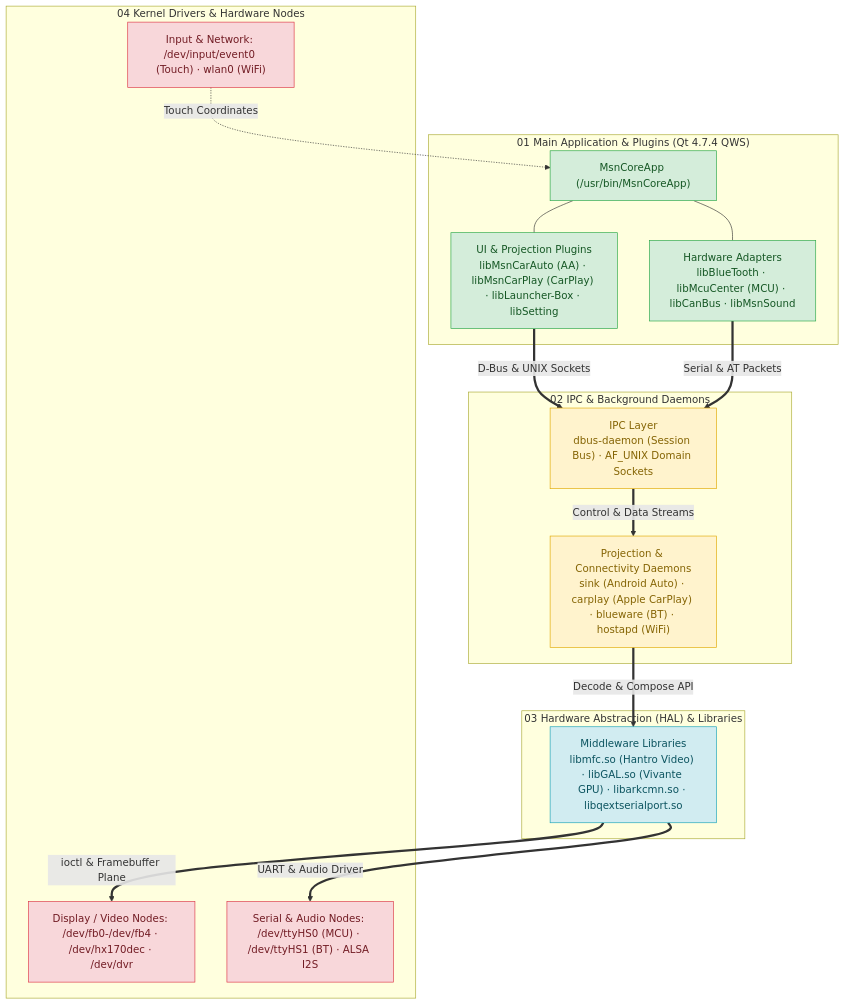
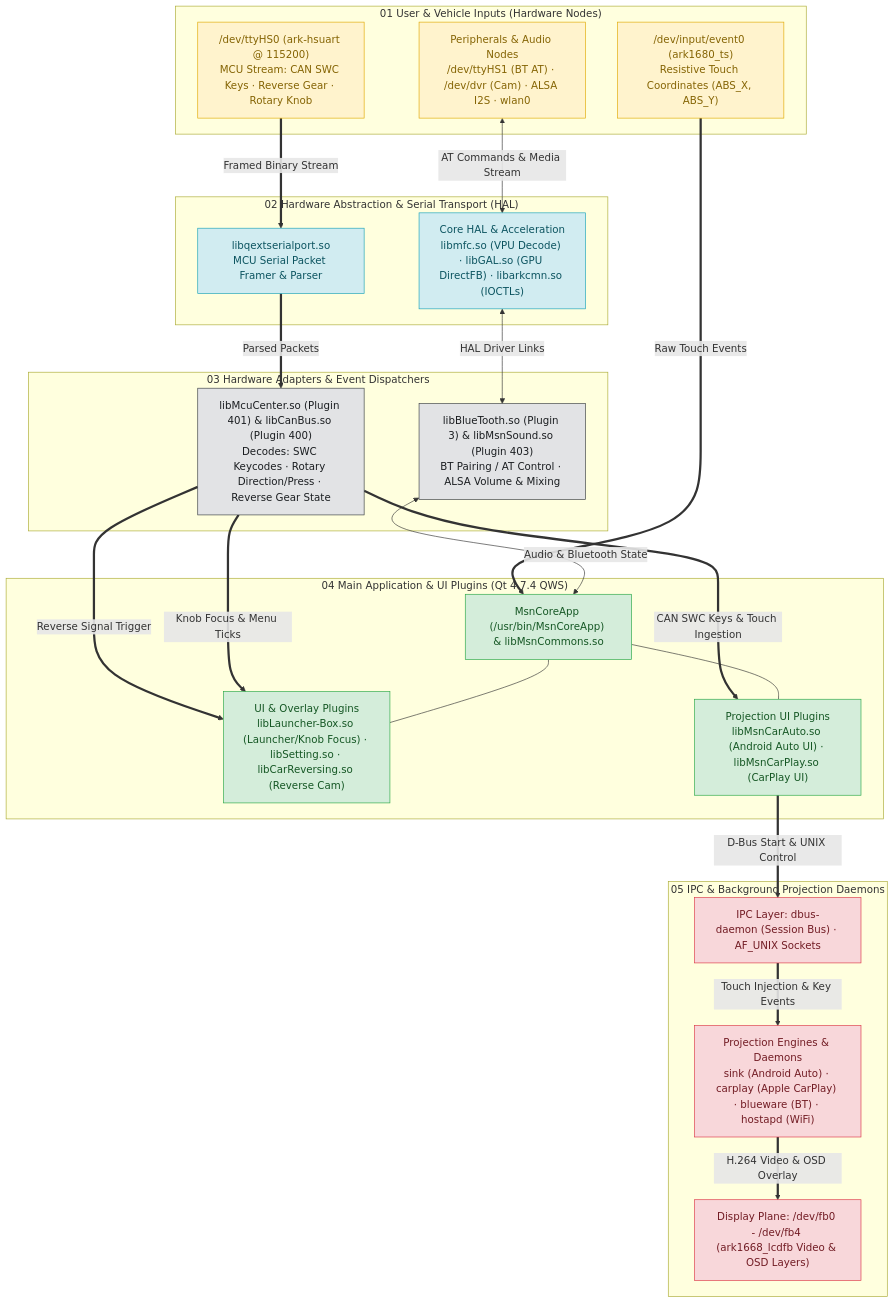
The third of 3 diagrams in README.md (yogihybo/Limcet-P305-Box-Android-Auto-Carplay), drawn with Mermaid before and after one commit.

Commit message:
docs: Add MCU serial stream, CAN SWC keys, reverse trigger, and touch input paths to MsnCoreApp architecture diagram

````diff
--- a/README.md
+++ b/README.md
@@ -195,49 +195,65 @@
 ```mermaid
 flowchart TD
-    subgraph S1["01 Main Application & Plugins (Qt 4.7.4 QWS)"]
-        MainApp["MsnCoreApp (/usr/bin/MsnCoreApp)"]
-        Plugins["UI & Projection Plugins<br/>libMsnCarAuto (AA) · libMsnCarPlay (CarPlay) · libLauncher-Box · libSetting"]
-        Adapters["Hardware Adapters<br/>libBlueTooth · libMcuCenter (MCU) · libCanBus · libMsnSound"]
+    subgraph S1["01 User & Vehicle Inputs (Hardware Nodes)"]
+        TouchNode["/dev/input/event0 (ark1680_ts)<br/>Resistive Touch Coordinates (ABS_X, ABS_Y)"]
+        MCUNode["/dev/ttyHS0 (ark-hsuart @ 115200)<br/>MCU Stream: CAN SWC Keys · Reverse Gear · Rotary Knob"]
+        MediaNodes["Peripherals & Audio Nodes<br/>/dev/ttyHS1 (BT AT) · /dev/dvr (Cam) · ALSA I2S · wlan0"]
     end
 
-    subgraph S2["02 IPC & Background Daemons"]
-        IPC["IPC Layer<br/>dbus-daemon (Session Bus) · AF_UNIX Domain Sockets"]
-        Daemons["Projection & Connectivity Daemons<br/>sink (Android Auto) · carplay (Apple CarPlay) · blueware (BT) · hostapd (WiFi)"]
+    subgraph S2["02 Hardware Abstraction & Serial Transport (HAL)"]
+        libQExt["libqextserialport.so<br/>MCU Serial Packet Framer & Parser"]
+        libHAL["Core HAL & Acceleration<br/>libmfc.so (VPU Decode) · libGAL.so (GPU DirectFB) · libarkcmn.so (IOCTLs)"]
     end
 
-    subgraph S3["03 Hardware Abstraction (HAL) & Libraries"]
-        HAL["Middleware Libraries<br/>libmfc.so (Hantro Video) · libGAL.so (Vivante GPU) · libarkcmn.so · libqextserialport.so"]
+    subgraph S3["03 Hardware Adapters & Event Dispatchers"]
+        McuAdapter["libMcuCenter.so (Plugin 401) & libCanBus.so (Plugin 400)<br/>Decodes: SWC Keycodes · Rotary Direction/Press · Reverse Gear State"]
+        BTAdapter["libBlueTooth.so (Plugin 3) & libMsnSound.so (Plugin 403)<br/>BT Pairing / AT Control · ALSA Volume & Mixing"]
     end
 
-    subgraph S4["04 Kernel Drivers & Hardware Nodes"]
-        DisplayDev["Display / Video Nodes: /dev/fb0-/dev/fb4 · /dev/hx170dec · /dev/dvr"]
-        SerialDev["Serial & Audio Nodes: /dev/ttyHS0 (MCU) · /dev/ttyHS1 (BT) · ALSA I2S"]
-        InputDev["Input & Network: /dev/input/event0 (Touch) · wlan0 (WiFi)"]
+    subgraph S4["04 Main Application & UI Plugins (Qt 4.7.4 QWS)"]
+        MainApp["MsnCoreApp (/usr/bin/MsnCoreApp) & libMsnCommons.so"]
+        UIPlugins["UI & Overlay Plugins<br/>libLauncher-Box.so (Launcher/Knob Focus) · libSetting.so · libCarReversing.so (Reverse Cam)"]
+        ProjPlugins["Projection UI Plugins<br/>libMsnCarAuto.so (Android Auto UI) · libMsnCarPlay.so (CarPlay UI)"]
     end
 
-    %% Tier 1 internal and down
-    MainApp --- Plugins
-    MainApp --- Adapters
-    Plugins ==>|D-Bus & UNIX Sockets| IPC
-    Adapters ==>|Serial & AT Packets| IPC
-    IPC ==>|Control & Data Streams| Daemons
+    subgraph S5["05 IPC & Background Projection Daemons"]
+        IPC["IPC Layer: dbus-daemon (Session Bus) · AF_UNIX Sockets"]
+        Daemons["Projection Engines & Daemons<br/>sink (Android Auto) · carplay (Apple CarPlay) · blueware (BT) · hostapd (WiFi)"]
+        DevFB["Display Plane: /dev/fb0 - /dev/fb4 (ark1668_lcdfb Video & OSD Layers)"]
+    end
+
+    %% Tier 1 -> Tier 2
+    TouchNode ==>|Raw Touch Events| MainApp
+    MCUNode ==>|Framed Binary Stream| libQExt
+    MediaNodes <-->|AT Commands & Media Stream| libHAL
 
     %% Tier 2 -> Tier 3
-    Daemons ==>|Decode & Compose API| HAL
+    libQExt ==>|Parsed Packets| McuAdapter
+    libHAL <-->|HAL Driver Links| BTAdapter
 
     %% Tier 3 -> Tier 4
-    HAL ==>|ioctl & Framebuffer Plane| DisplayDev
-    HAL ==>|UART & Audio Driver| SerialDev
-    InputDev -.->|Touch Coordinates| MainApp
+    McuAdapter ==>|Reverse Signal Trigger| UIPlugins
+    McuAdapter ==>|Knob Focus & Menu Ticks| UIPlugins
+    McuAdapter ==>|CAN SWC Keys & Touch Ingestion| ProjPlugins
+    BTAdapter <-->|Audio & Bluetooth State| MainApp
+
+    %% Tier 4 -> Tier 5
+    MainApp --- UIPlugins
+    MainApp --- ProjPlugins
+    ProjPlugins ==>|D-Bus Start & UNIX Control| IPC
+    IPC ==>|Touch Injection & Key Events| Daemons
+    Daemons ==>|H.264 Video & OSD Overlay| DevFB
 
     %% Styling
+    classDef input fill:#fff3cd,stroke:#e0a800,color:#856404
+    classDef hal fill:#d1ecf1,stroke:#17a2b8,color:#0c5460
+    classDef adapter fill:#e2e3e5,stroke:#383d41,color:#1b1e21
     classDef app fill:#d4edda,stroke:#28a745,color:#155724
-    classDef daemon fill:#fff3cd,stroke:#e0a800,color:#856404
-    classDef hal fill:#d1ecf1,stroke:#17a2b8,color:#0c5460
-    classDef driver fill:#f8d7da,stroke:#dc3545,color:#721c24
+    classDef daemon fill:#f8d7da,stroke:#dc3545,color:#721c24
 
-    class MainApp,Plugins,Adapters app
-    class IPC,Daemons daemon
-    class HAL hal
-    class DisplayDev,SerialDev,InputDev driver
+    class TouchNode,MCUNode,MediaNodes input
+    class libQExt,libHAL hal
+    class McuAdapter,BTAdapter adapter
+    class MainApp,UIPlugins,ProjPlugins app
+    class IPC,Daemons,DevFB daemon
 ```
````
